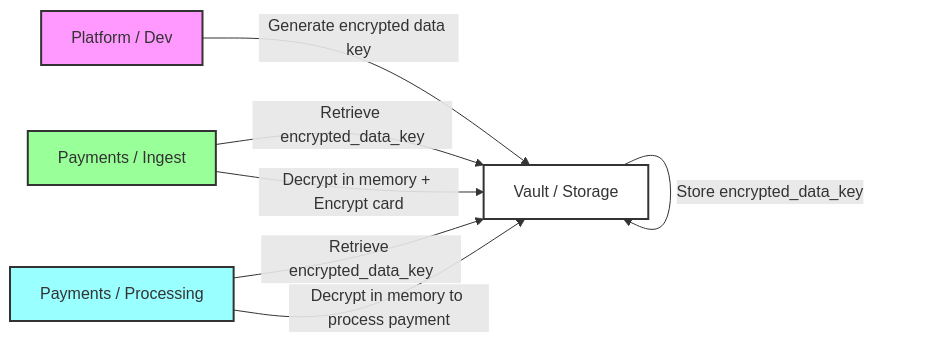
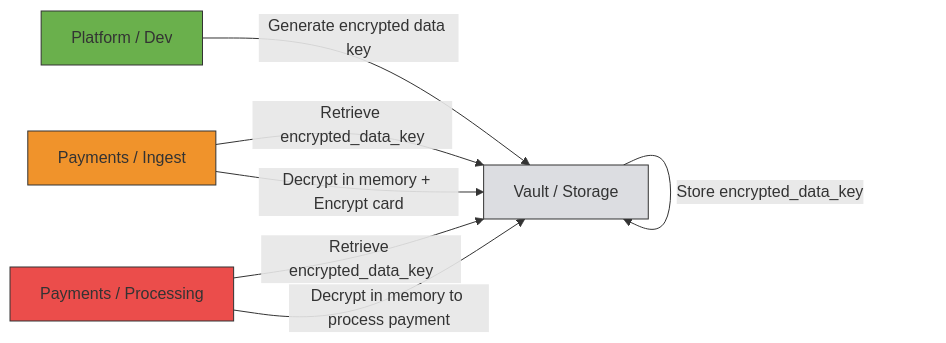
Before and after one commit to luk206/credit-card-encryption-pattern: the diagram in README.md, drawn with Mermaid. The commit also changed other lines of this file, not shown here.

Commit message:
Update color coding in README diagram

````diff
--- a/README.md
+++ b/README.md
@@ -74,14 +74,14 @@
 ```mermaid
 flowchart LR
     A[Platform / Dev] -->|Generate encrypted data key| B[Vault / Storage]
     B -->|Store encrypted_data_key| B
     C[Payments / Ingest] -->|Retrieve encrypted_data_key| B
     C -->|Decrypt in memory + Encrypt card| B
     D[Payments / Processing] -->|Retrieve encrypted_data_key| B
     D -->|Decrypt in memory to process payment| B
 
-    style A fill:#f9f,stroke:#333,stroke-width:2px
-    style C fill:#9f9,stroke:#333,stroke-width:2px
-    style D fill:#9ff,stroke:#333,stroke-width:2px
-    style B fill:#fff,stroke:#333,stroke-width:2px
+    style A fill:#6ab04c,stroke:#333,stroke-width:2px   %% Green - Low Risk
+    style C fill:#f0932b,stroke:#333,stroke-width:2px   %% Orange - Medium Risk
+    style D fill:#eb4d4b,stroke:#333,stroke-width:2px   %% Red - High Risk
+    style B fill:#dcdde1,stroke:#333,stroke-width:2px  %% Gray - Storage
 ```
````
